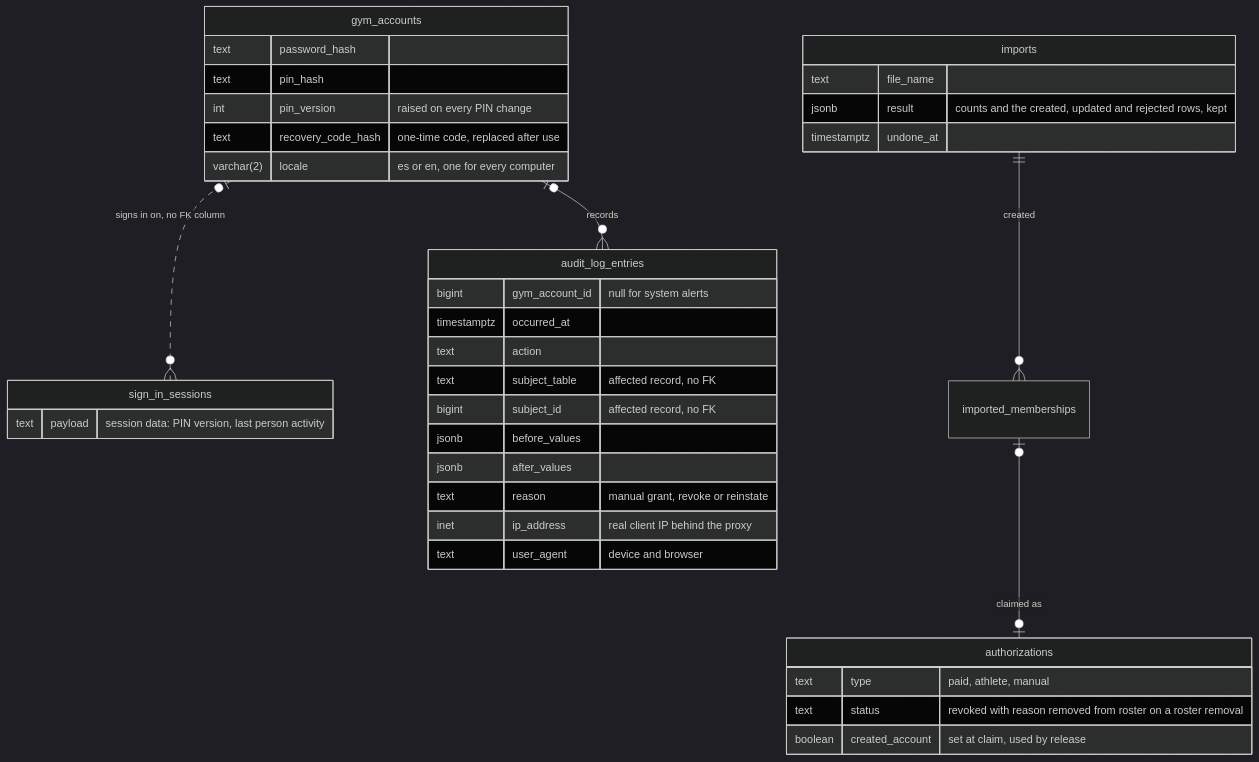
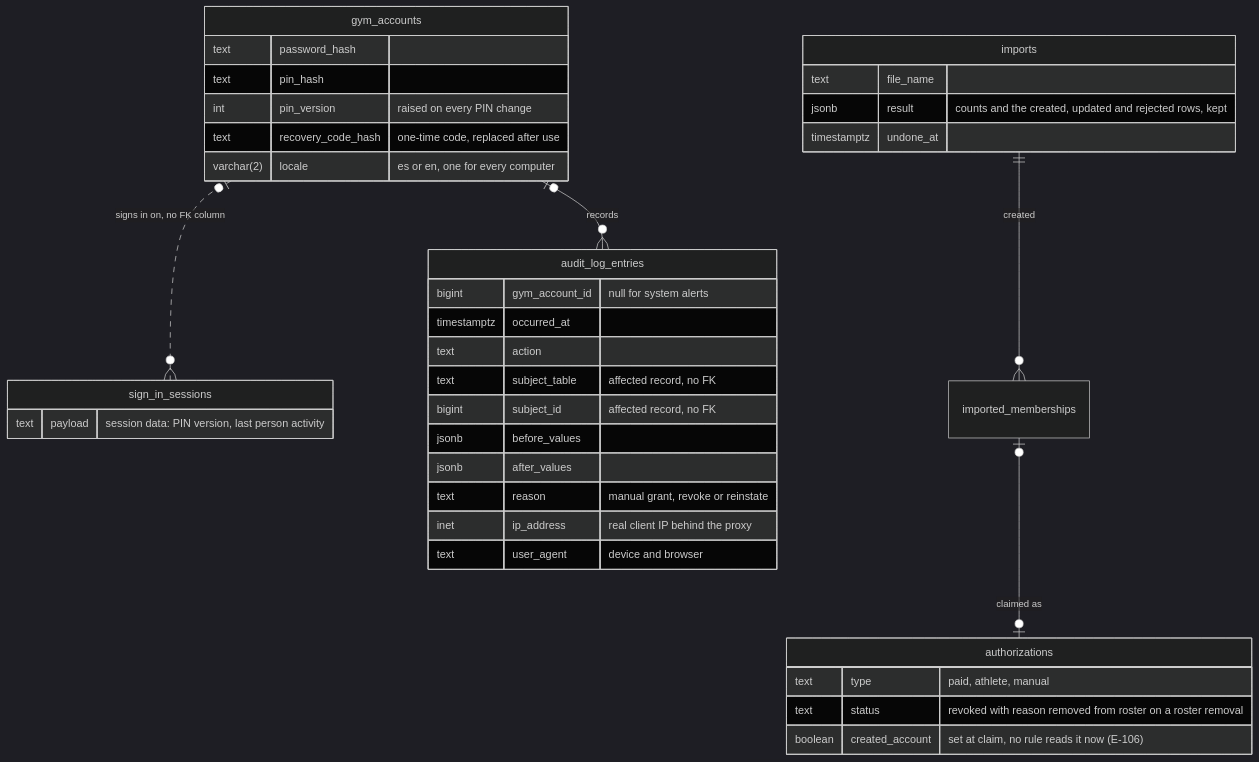
Before and after one commit to Th3-Minorities/natatorio-gym-app: diagram 17 of 17 in docs/design/admin-flows.md, drawn with Mermaid (dark theme). The commit also changed other lines of this file and 7 other files, not shown here.

````diff
--- a/docs/design/admin-flows.md
+++ b/docs/design/admin-flows.md
@@ -480,39 +479,39 @@
 ```mermaid
 erDiagram
   gym_accounts |o..o{ sign_in_sessions : "signs in on, no FK column"
   gym_accounts |o--o{ audit_log_entries : "records"
   imports ||--o{ imported_memberships : "created"
   imported_memberships |o--o| authorizations : "claimed as"
   gym_accounts {
     text password_hash
     text pin_hash
     int pin_version "raised on every PIN change"
     text recovery_code_hash "one-time code, replaced after use"
     varchar(2) locale "es or en, one for every computer"
   }
   sign_in_sessions {
     text payload "session data: PIN version, last person activity"
   }
   imports {
     text file_name
     jsonb result "counts and the created, updated and rejected rows, kept"
     timestamptz undone_at
   }
   audit_log_entries {
     bigint gym_account_id "null for system alerts"
     timestamptz occurred_at
     text action
     text subject_table "affected record, no FK"
     bigint subject_id "affected record, no FK"
     jsonb before_values
     jsonb after_values
     text reason "manual grant, revoke or reinstate"
     inet ip_address "real client IP behind the proxy"
     text user_agent "device and browser"
   }
   authorizations {
     text type "paid, athlete, manual"
     text status "revoked with reason removed from roster on a roster removal"
-    boolean created_account "set at claim, used by release"
+    boolean created_account "set at claim, no rule reads it now (E-106)"
   }
 ```
````
